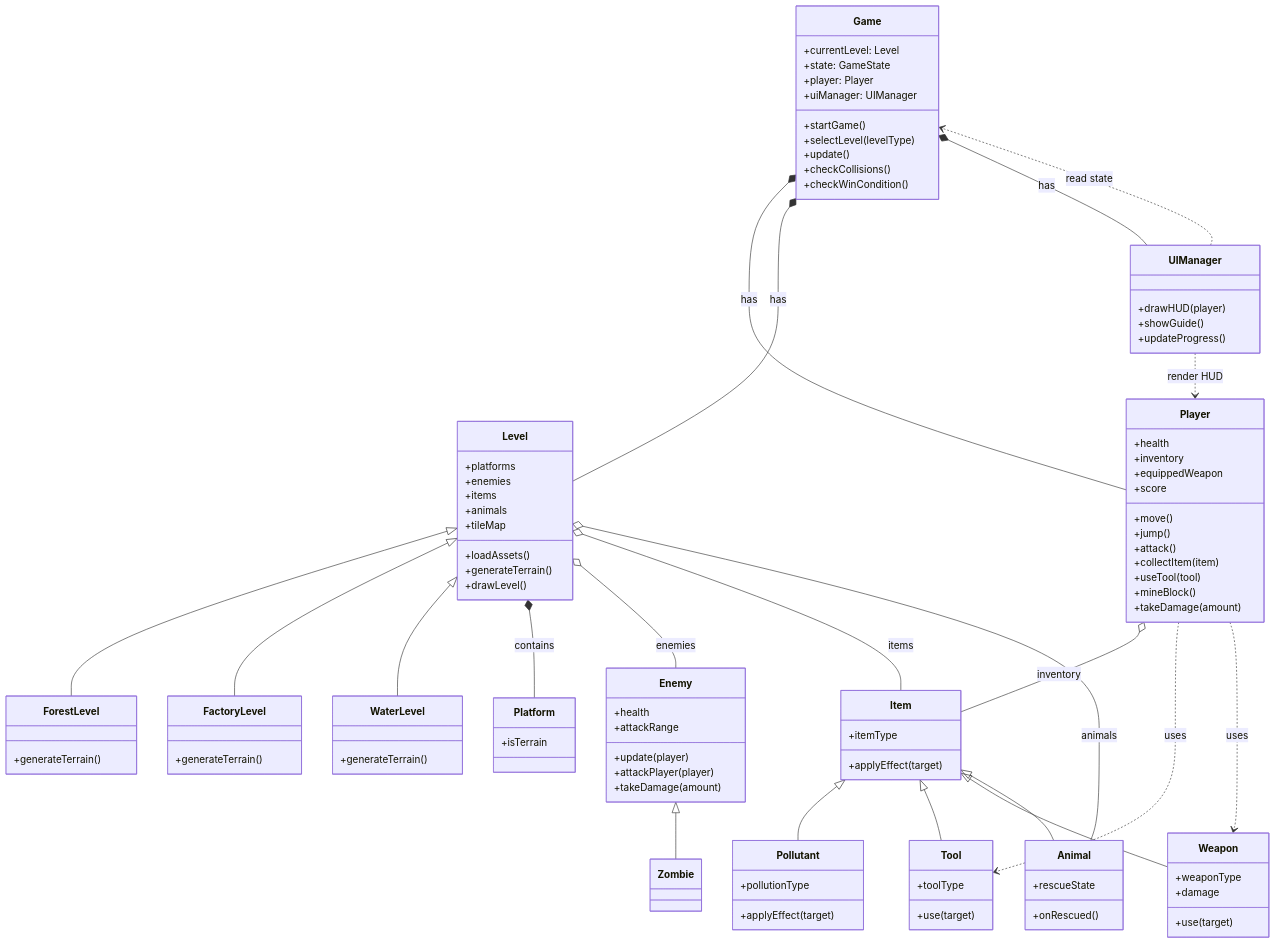
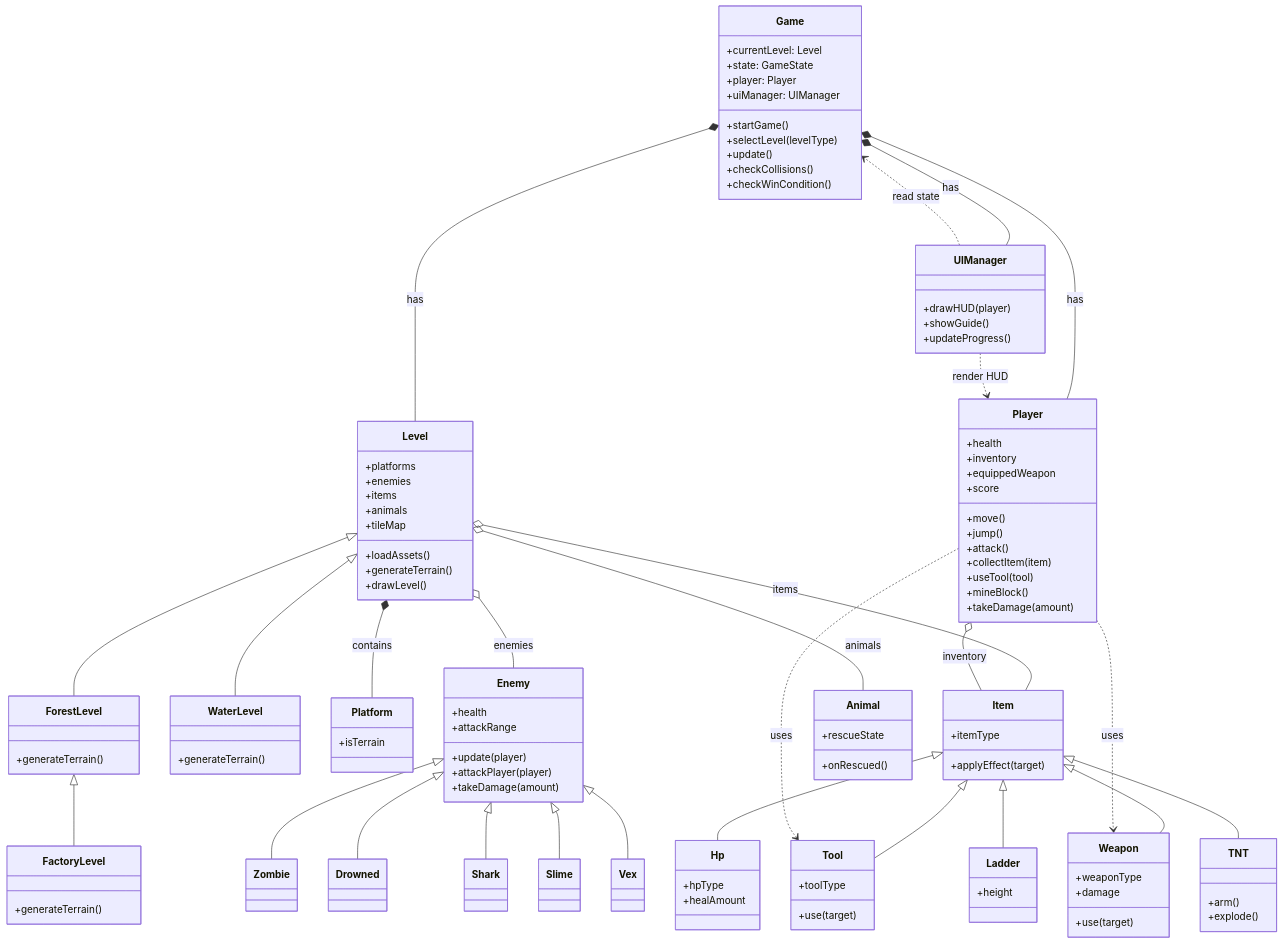
Before and after one commit to UoB-COMSM0166/2026-group-15: the first of 3 diagrams in README.md, drawn with Mermaid. The commit also changed other lines of this file and 9 other files, not shown here.

```diff
--- a/README.md
+++ b/README.md
@@ -486,14 +463,13 @@
 }
 
 class Zombie
+class Drowned
+class Shark
+class Slime
+class Vex
 
 class Item {
   +itemType
-  +applyEffect(target)
-}
-
-class Pollutant {
-  +pollutionType
   +applyEffect(target)
 }
 
@@ -508,9 +484,23 @@
   +use(target)
 }
 
+class Hp {
+  +hpType
+  +healAmount
+}
+
+class Ladder {
+  +height
+}
+
 class Animal {
   +rescueState
   +onRescued()
+}
+
+class TNT {
+  +arm()
+  +explode()
 }
 
 class UIManager {
@@ -520,16 +510,20 @@
 }
 
 Level <|-- ForestLevel
-Level <|-- FactoryLevel
+ForestLevel <|-- FactoryLevel
 Level <|-- WaterLevel
 
 Enemy <|-- Zombie
+Enemy <|-- Drowned
+Enemy <|-- Shark
+Enemy <|-- Slime
+Enemy <|-- Vex
 
-Item <|-- Pollutant
 Item <|-- Tool
 Item <|-- Weapon
-
-Item <|-- Animal
+Item <|-- Hp
+Item <|-- Ladder
+Item <|-- TNT
 
 Game *-- Player : has
 Game *-- Level : has
```
